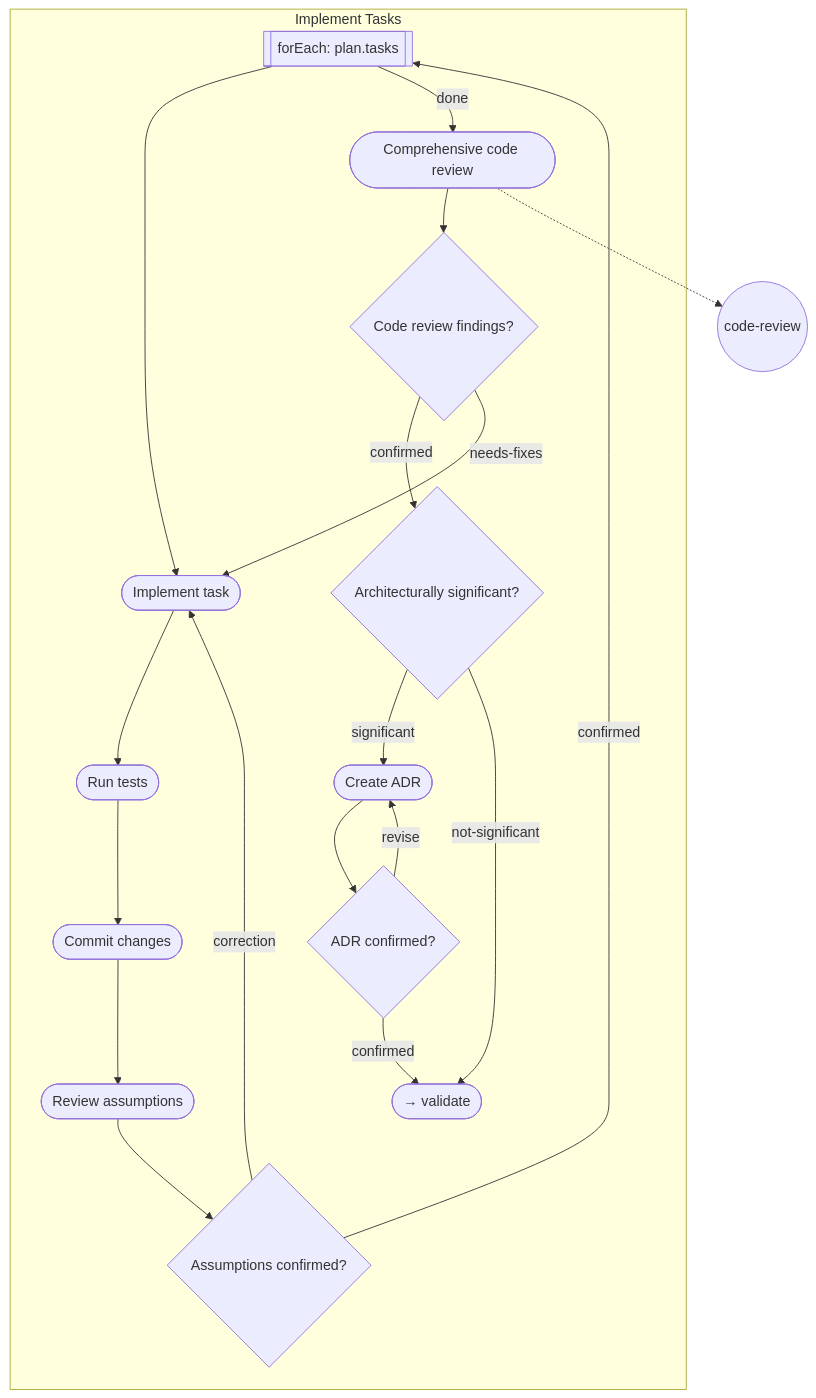
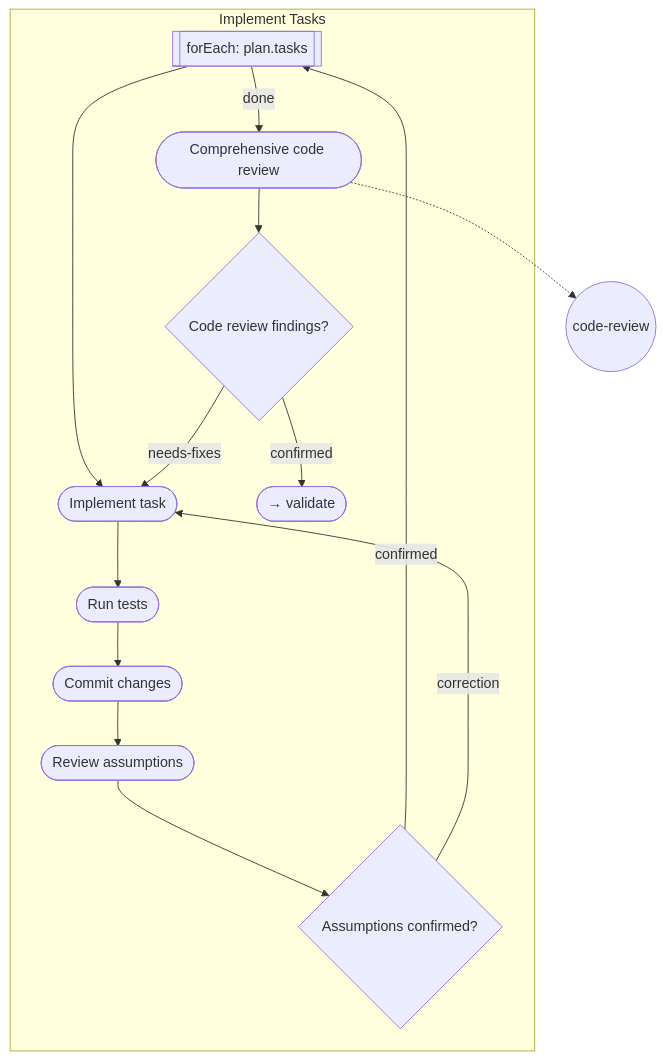
Before and after one commit to m2ux/workflow-server: the eighth of 13 diagrams in workflows/work-package/README.md, drawn with Mermaid. The commit also changed other lines of this file and 2 other files, not shown here.

First line of the commit message:
refactor(work-package): move ADR creation to post-implementation

````diff
--- a/workflows/work-package/README.md
+++ b/workflows/work-package/README.md
@@ -294,35 +295,26 @@
 ```mermaid
 graph TD
     subgraph implement[Implement Tasks]
         loop[[forEach: plan.tasks]]
         t1([Implement task])
         t2([Run tests])
         t3([Commit changes])
         t4([Review assumptions])
         
         cr([Comprehensive code review])
         
         cp1{Assumptions confirmed?}
         cp2{Code review findings?}
-        cp3{Architecturally significant?}
-        cp4{ADR confirmed?}
         
         loop --> t1 --> t2 --> t3 --> t4 --> cp1
         cp1 -->|confirmed| loop
         cp1 -->|correction| t1
         
         loop -->|done| cr --> cp2
-        cp2 -->|confirmed| cp3
+        cp2 -->|confirmed| Next([→ validate])
         cp2 -->|needs-fixes| t1
-        
-        cp3 -->|significant| ADR([Create ADR])
-        cp3 -->|not-significant| Next([→ validate])
-        
-        ADR --> cp4
-        cp4 -->|confirmed| Next
-        cp4 -->|revise| ADR
     end
     
     skill1((code-review))
     cr -.-> skill1
 ```
````
